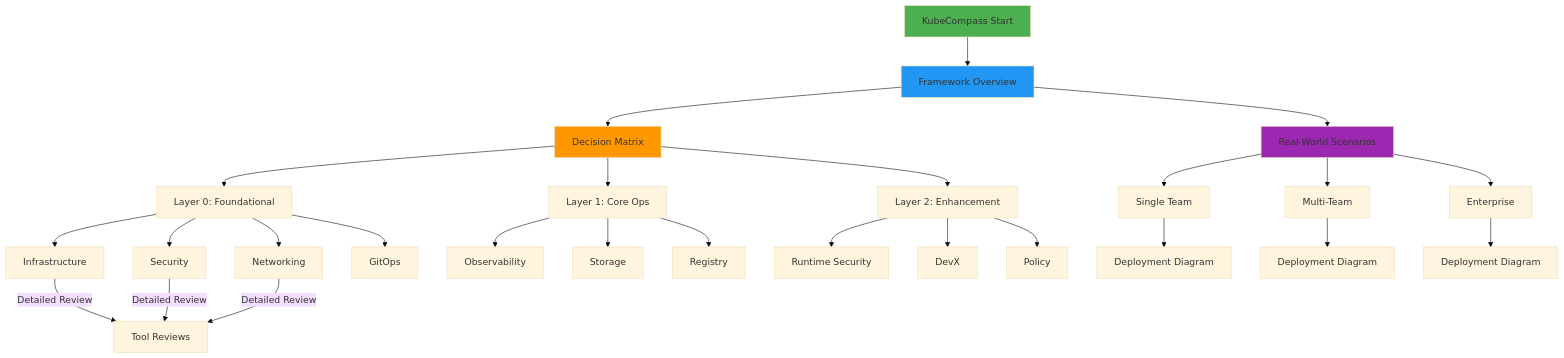
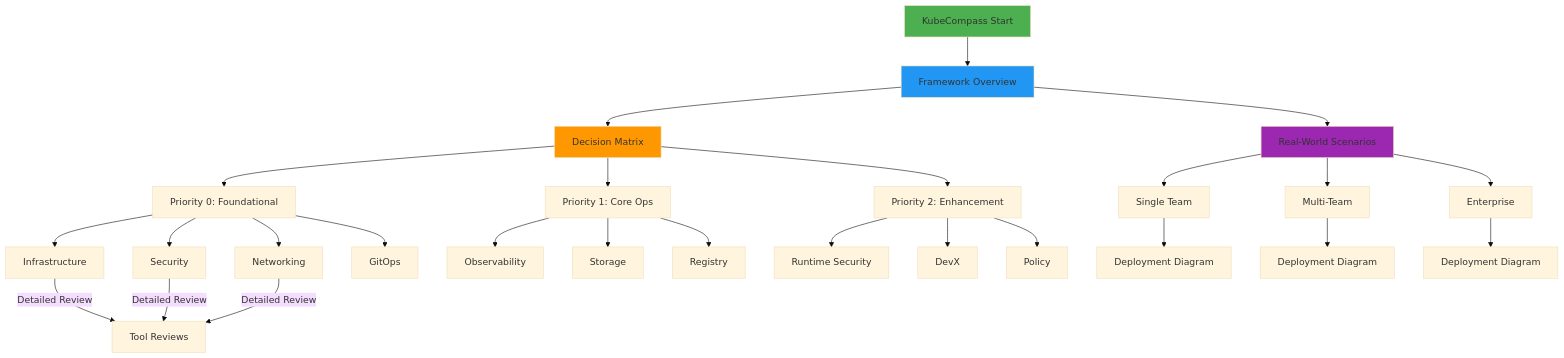
The ninth of 10 diagrams in docs/DIAGRAMS.md (vanhoutenbos/KubeCompass), drawn with Mermaid (base theme) before and after one commit. The commit also changed other lines of this file and 64 other files, not shown here.

````diff
--- a/docs/DIAGRAMS.md
+++ b/docs/DIAGRAMS.md
@@ -535,40 +535,40 @@
 ```mermaid
 graph TD
     START[KubeCompass Start] --> FRAMEWORK[Framework Overview]
     FRAMEWORK --> MATRIX[Decision Matrix]
     FRAMEWORK --> SCENARIOS[Real-World Scenarios]
     
-    MATRIX --> L0[Layer 0: Foundational]
-    MATRIX --> L1[Layer 1: Core Ops]
-    MATRIX --> L2[Layer 2: Enhancement]
+    MATRIX --> L0[Priority 0: Foundational]
+    MATRIX --> L1[Priority 1: Core Ops]
+    MATRIX --> L2[Priority 2: Enhancement]
     
     L0 --> D1[Infrastructure]
     L0 --> D3[Security]
     L0 --> D5[Networking]
     L0 --> D6[GitOps]
     
     L1 --> D7[Observability]
     L1 --> D8[Storage]
     L1 --> D9[Registry]
     
     L2 --> D4[Runtime Security]
     L2 --> D12[DevX]
     L2 --> D13[Policy]
     
     D1 --> |Detailed Review| REV1[Tool Reviews]
     D3 --> |Detailed Review| REV1
     D5 --> |Detailed Review| REV1
     
     SCENARIOS --> S1[Single Team]
     SCENARIOS --> S2[Multi-Team]
     SCENARIOS --> S3[Enterprise]
     
     S1 --> DIAG1[Deployment Diagram]
     S2 --> DIAG2[Deployment Diagram]
     S3 --> DIAG3[Deployment Diagram]
     
     style START fill:#4CAF50
     style FRAMEWORK fill:#2196F3
     style MATRIX fill:#FF9800
     style SCENARIOS fill:#9C27B0
 ```
````
